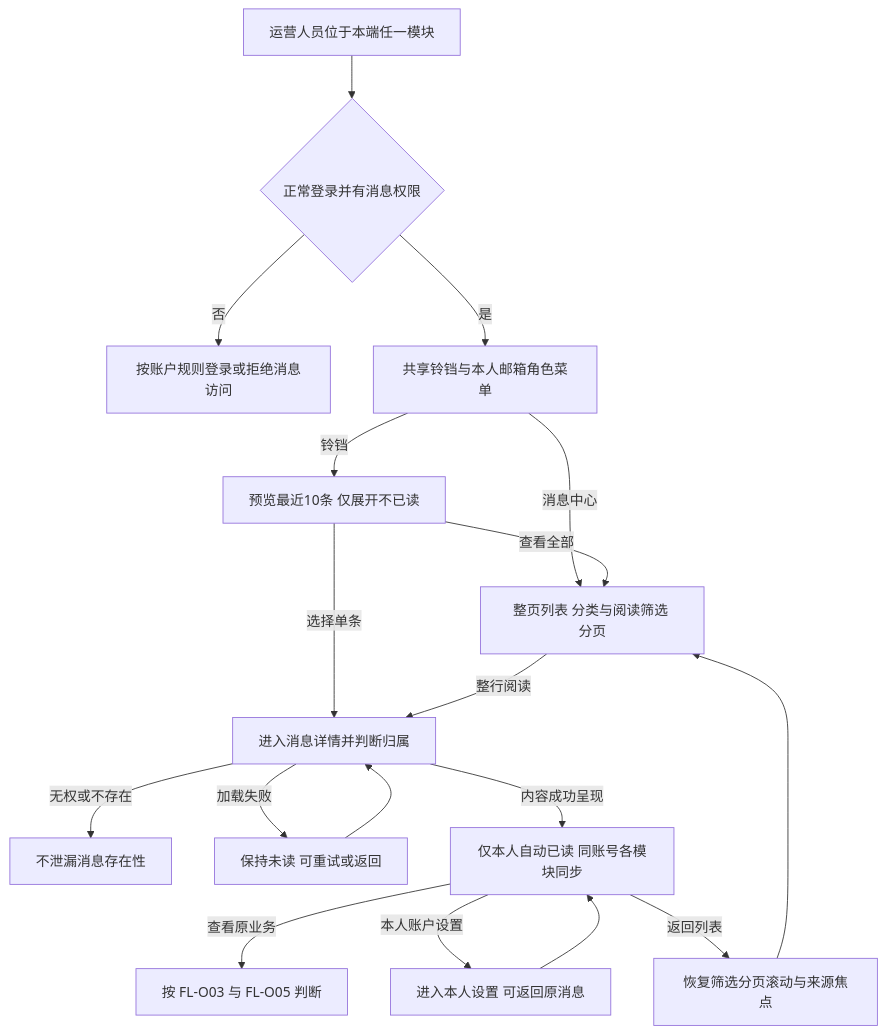
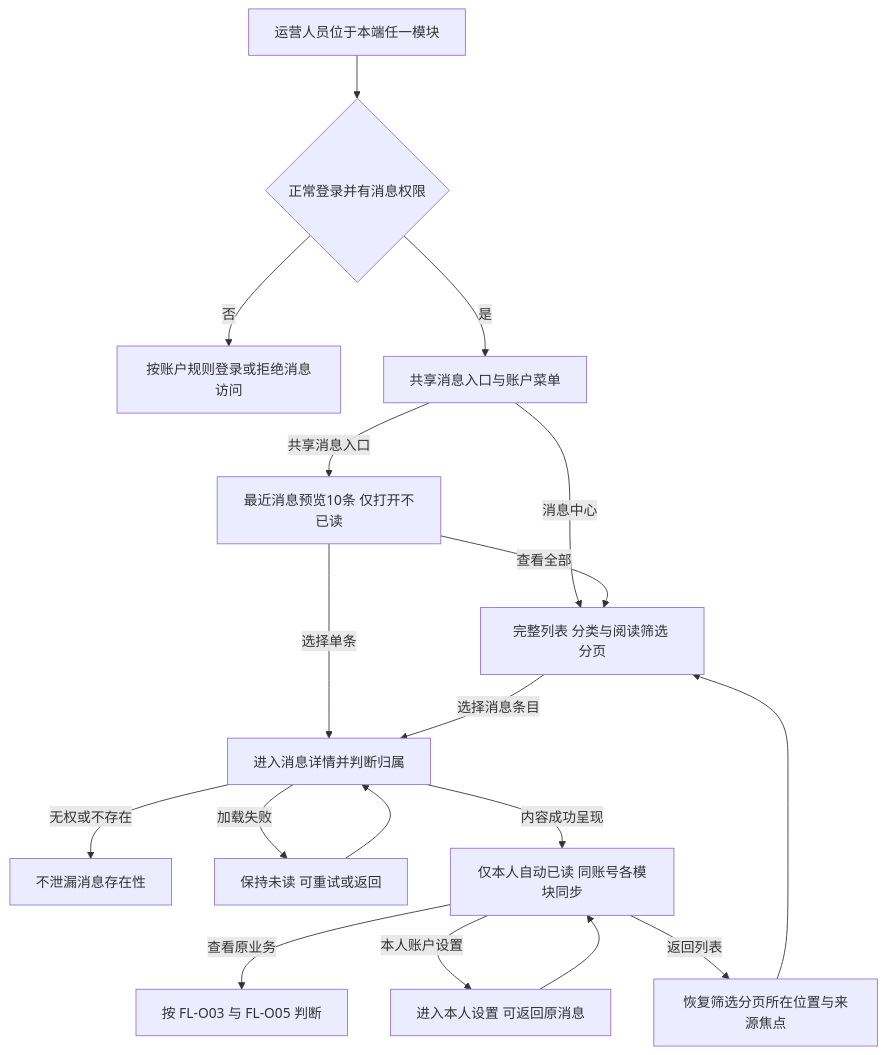
One commit to wxblockchain/Chain-Financing changed the first of 7 diagrams in lending-platform/PRD/v1.0-运营端消息通知/02-运营端消息通知-流程图与状态机.md. Above: the diagram before and after it, drawn with Mermaid. The commit also changed other lines of this file and 4 other files, not shown here.

````diff
--- a/lending-platform/PRD/v1.0-运营端消息通知/02-运营端消息通知-流程图与状态机.md
+++ b/lending-platform/PRD/v1.0-运营端消息通知/02-运营端消息通知-流程图与状态机.md
@@ -22,20 +22,20 @@
 ```mermaid
 flowchart TD
     A[运营人员位于本端任一模块] --> B{正常登录并有消息权限}
     B -->|否| X[按账户规则登录或拒绝消息访问]
-    B -->|是| C[共享铃铛与本人邮箱角色菜单]
-    C -->|铃铛| D[预览最近10条 仅展开不已读]
-    C -->|消息中心| E[整页列表 分类与阅读筛选 分页]
+    B -->|是| C[共享消息入口与账户菜单]
+    C -->|共享消息入口| D[最近消息预览10条 仅打开不已读]
+    C -->|消息中心| E[完整列表 分类与阅读筛选 分页]
     D -->|查看全部| E
     D -->|选择单条| F[进入消息详情并判断归属]
-    E -->|整行阅读| F
+    E -->|选择消息条目| F
     F -->|无权或不存在| N[不泄漏消息存在性]
     F -->|加载失败| R[保持未读 可重试或返回]
     R --> F
     F -->|内容成功呈现| G[仅本人自动已读 同账号各模块同步]
     G -->|查看原业务| H[按 FL-O03 与 FL-O05 判断]
     G -->|本人账户设置| I[进入本人设置 可返回原消息]
     I --> G
-    G -->|返回列表| J[恢复筛选分页滚动与来源焦点]
+    G -->|返回列表| J[恢复筛选分页所在位置与来源焦点]
     J --> E
 ```
````
